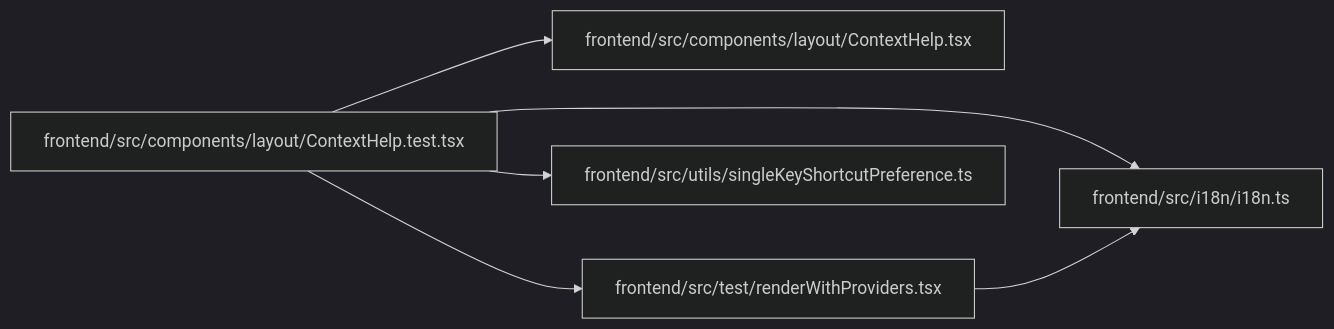
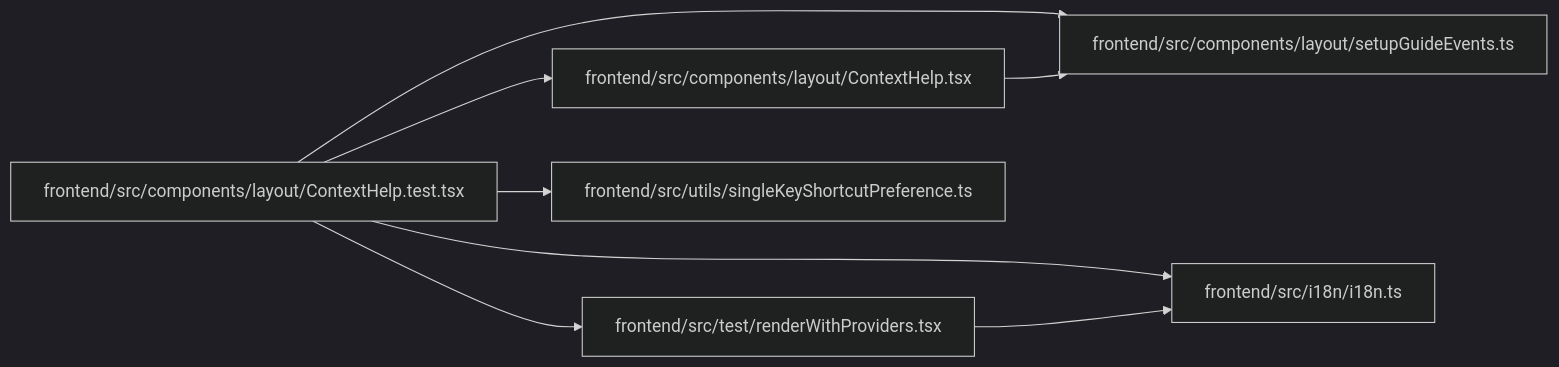
Before and after one commit to Denissvgn/WorkChord: the diagram in docs/llm_wiki/modules/ContextHelp.test.md, drawn with Mermaid (dark theme). The commit also changed other lines of this file and 2373 other files, not shown here.

````diff
--- a/docs/llm_wiki/modules/ContextHelp.test.md
+++ b/docs/llm_wiki/modules/ContextHelp.test.md
@@ -30,18 +31,22 @@
 ```mermaid
 flowchart LR
     n0["frontend/src/components/layout/ContextHelp.test.tsx"]
     n1["frontend/src/components/layout/ContextHelp.tsx"]
-    n2["frontend/src/i18n/i18n.ts"]
-    n3["frontend/src/test/renderWithProviders.tsx"]
-    n4["frontend/src/utils/singleKeyShortcutPreference.ts"]
+    n2["frontend/src/components/layout/setupGuideEvents.ts"]
+    n3["frontend/src/i18n/i18n.ts"]
+    n4["frontend/src/test/renderWithProviders.tsx"]
+    n5["frontend/src/utils/singleKeyShortcutPreference.ts"]
     n0 --> n1
     n0 --> n2
     n0 --> n3
     n0 --> n4
-    n3 --> n2
+    n0 --> n5
+    n1 --> n2
+    n4 --> n3
     click n0 "../modules/ContextHelp.test.md"
     click n1 "../modules/ContextHelp.md"
-    click n2 "../modules/i18n.md"
-    click n3 "../modules/renderWithProviders.md"
-    click n4 "../modules/singleKeyShortcutPreference.md"
+    click n2 "../modules/setupGuideEvents.md"
+    click n3 "../modules/i18n.md"
+    click n4 "../modules/renderWithProviders.md"
+    click n5 "../modules/singleKeyShortcutPreference.md"
 ```
````
